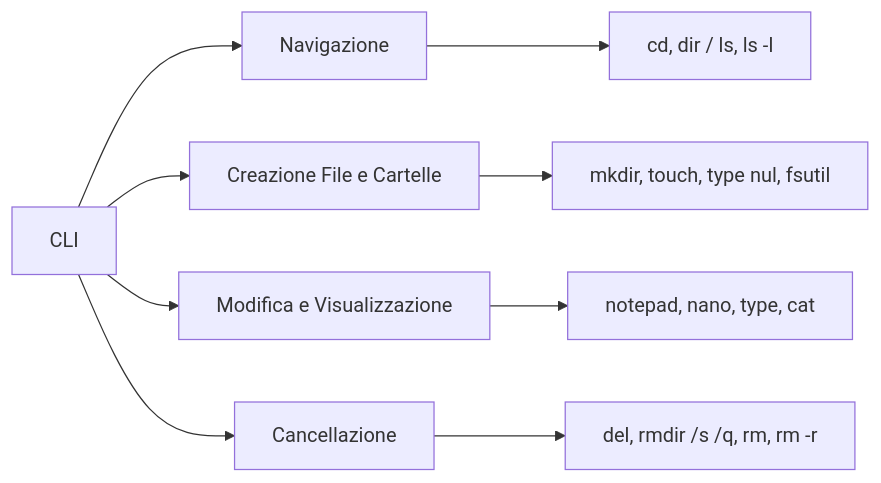
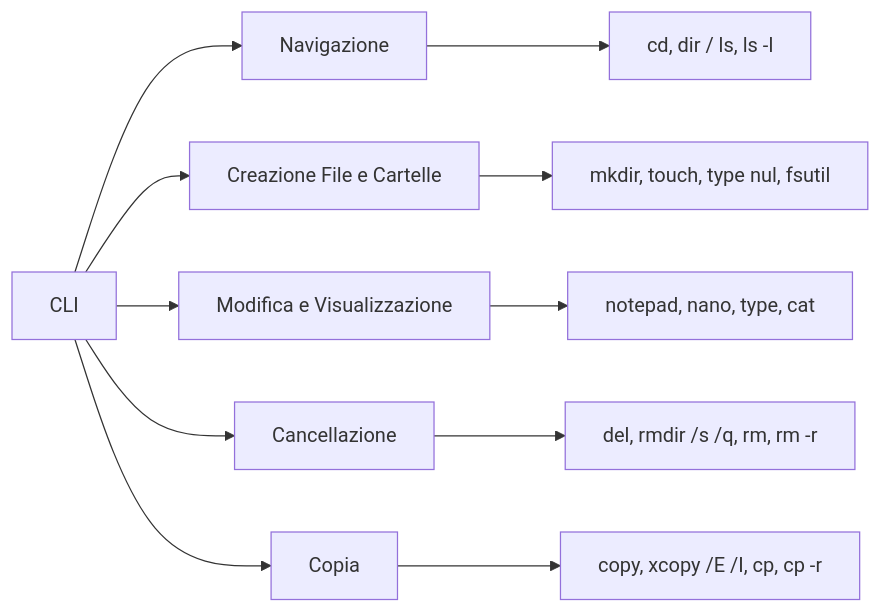
The diagram in docs/hwsw/24_os_cli.md (Federob/infohandouts), drawn with Mermaid before and after one commit. The commit also changed other lines of this file, not shown here.

Commit message:
added copy command

````diff
--- a/docs/hwsw/24_os_cli.md
+++ b/docs/hwsw/24_os_cli.md
@@ -271,11 +429,13 @@
 ```mermaid
 graph LR
   A[CLI] --> B[Navigazione]
   B --> C[cd, dir / ls, ls -l]
   A --> D[Creazione File e Cartelle]
   D --> E[mkdir, touch, type nul, fsutil]
   A --> F[Modifica e Visualizzazione]
   F --> G[notepad, nano, type, cat]
   A --> H[Cancellazione]
   H --> I[del, rmdir /s /q, rm, rm -r]
+  A --> J[Copia]
+  J --> K[copy, xcopy /E /I, cp, cp -r]
 ```
````
